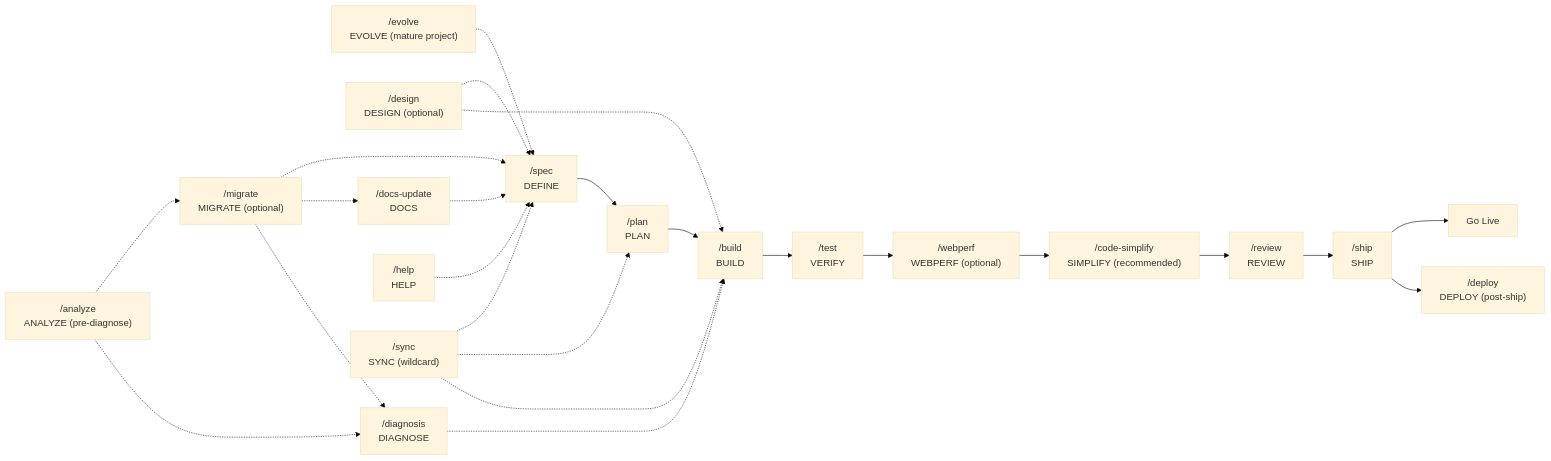
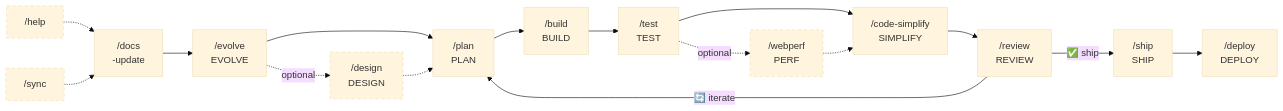
Before and after one commit to Fisherk2/codice-opencode: the second of 4 diagrams in README.md, drawn with Mermaid (base theme). The commit also changed other lines of this file and 27 other files, not shown here.

````diff
--- a/README.md
+++ b/README.md
@@ -245,27 +273,23 @@
 ```mermaid
 flowchart LR
-    A["/spec<br/>DEFINE"] --> B["/plan<br/>PLAN"]
-    B --> C["/build<br/>BUILD"]
-    C --> D["/test<br/>VERIFY"]
-    D --> E["/webperf<br/>WEBPERF (optional)"]
-    E --> F["/code-simplify<br/>SIMPLIFY (recommended)"]
-    F --> G["/review<br/>REVIEW"]
-    G --> H["/ship<br/>SHIP"]
-    H --> I["Go Live"]
-    H --> J2["/deploy<br/>DEPLOY (post-ship)"]
+    DU["/docs<br/>-update"] --> EV["/evolve<br/>EVOLVE"]
+    EV --> P["/plan<br/>PLAN"]
+    EV -.->|optional| D["/design<br/>DESIGN"]
+    D -.-> P
+    P --> B["/build<br/>BUILD"]
+    B --> T["/test<br/>TEST"]
+    T --> CS["/code-simplify<br/>SIMPLIFY"]
+    T -.->|optional| W["/webperf<br/>PERF"]
+    W -.-> CS
+    CS --> R["/review<br/>REVIEW"]
+    R -->|"🔄 iterate"| P
+    R -->|"✅ ship"| SH["/ship<br/>SHIP"]
+    SH --> DP["/deploy<br/>DEPLOY"]
+    HELP["/help"] -.-> DU
+    SYNC["/sync"] -.-> DU
 
-    J["/evolve<br/>EVOLVE (mature project)"] -.-> A
-    K["/design<br/>DESIGN (optional)"] -.-> A
-    K -.-> C
-    L["/docs-update<br/>DOCS"] -.-> A
-    M["/diagnosis<br/>DIAGNOSE"] -.-> C
-    N["/help<br/>HELP"] -.-> A
-    P["/sync<br/>SYNC (wildcard)"] -.-> A
-    P -.-> B
-    P -.-> C
-    Q["/migrate<br/>MIGRATE (optional)"] -.-> A
-    Q -.-> L
-    Q -.-> M
-    R["/analyze<br/>ANALYZE (pre-diagnose)"] -.-> Q
-    R -.-> M
+    style D stroke-dasharray: 5 5
+    style W stroke-dasharray: 5 5
+    style HELP stroke-dasharray: 5 5
+    style SYNC stroke-dasharray: 5 5
 ```
````
